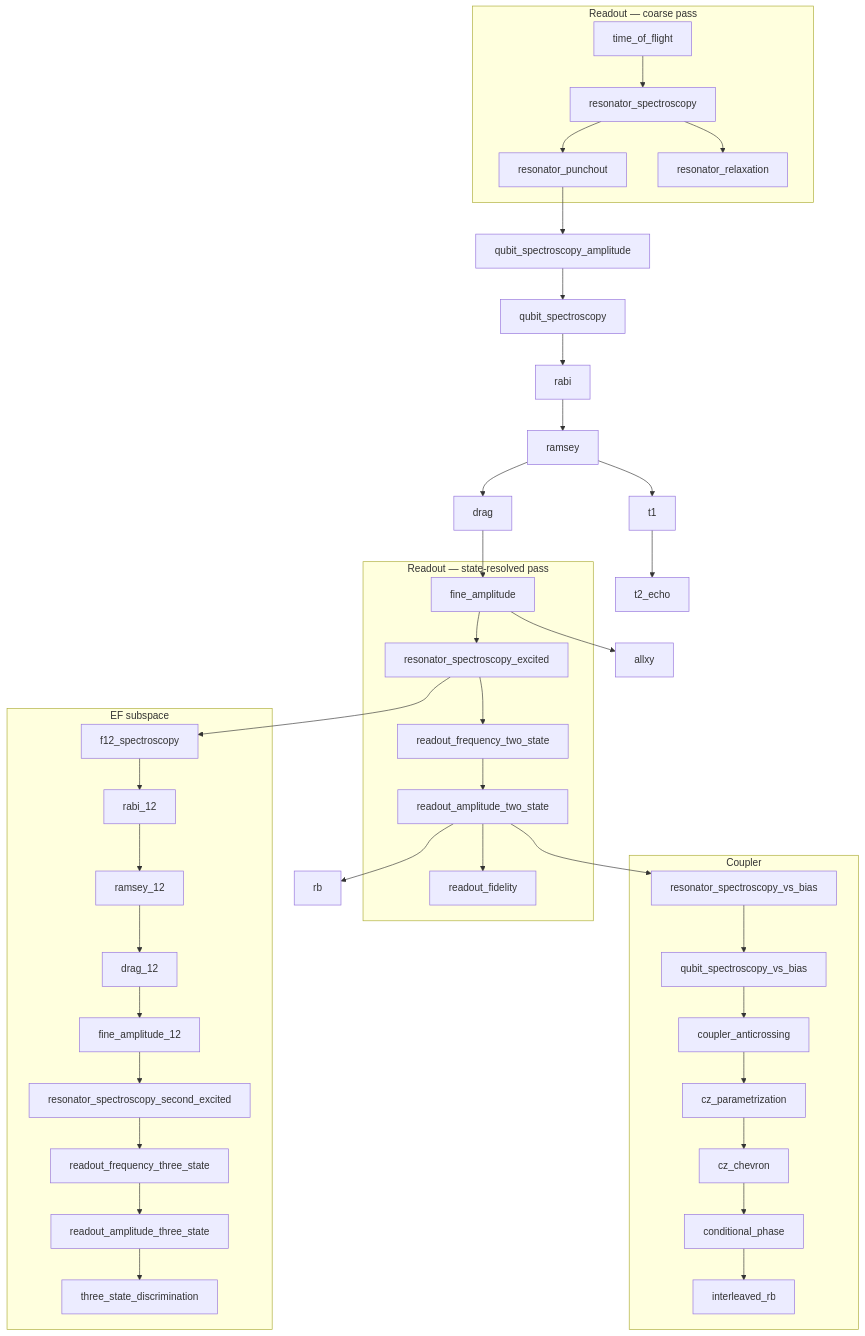
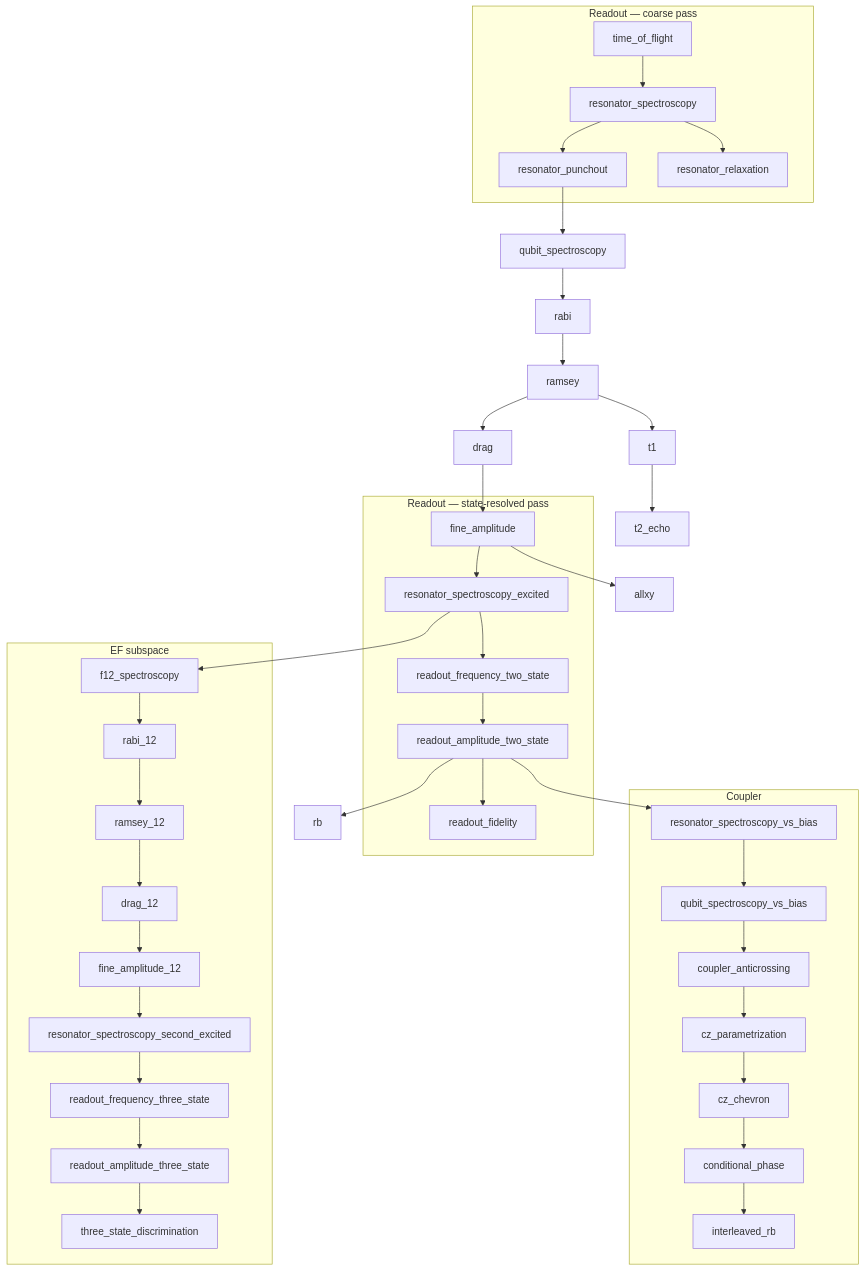
One commit to ch-ahindura/qpi changed the diagram in docs/rfcs/0005-calibration-graph-completion.md. Above: the diagram before and after it, drawn with Mermaid. The commit also changed other lines of this file and 13 other files, not shown here.

````diff
--- a/docs/rfcs/0005-calibration-graph-completion.md
+++ b/docs/rfcs/0005-calibration-graph-completion.md
@@ -177,33 +177,32 @@
 ```mermaid
 graph TD
     subgraph coarse["Readout — coarse pass"]
         TOF["time_of_flight"] --> RS["resonator_spectroscopy"]
         RS --> PO["resonator_punchout"]
         RS --> RR["resonator_relaxation"]
     end
-    PO --> SA["qubit_spectroscopy_amplitude"]
-    SA --> QS["qubit_spectroscopy"]
+    PO --> QS["qubit_spectroscopy"]
     QS --> RABI["rabi"] --> RAM["ramsey"] --> DRAG["drag"] --> FA["fine_amplitude"]
     RAM --> T1["t1"] --> T2["t2_echo"]
     FA --> AXY["allxy"]
     subgraph resolved["Readout — state-resolved pass"]
         FA --> RS1["resonator_spectroscopy_excited"]
         RS1 --> RF2["readout_frequency_two_state"]
         RF2 --> RA2["readout_amplitude_two_state"]
         RA2 --> RFID["readout_fidelity"]
     end
     subgraph ef["EF subspace"]
         RS1 --> F12["f12_spectroscopy"] --> R12["rabi_12"] --> RAM12["ramsey_12"]
         RAM12 --> D12["drag_12"] --> FA12["fine_amplitude_12"]
         FA12 --> RS2["resonator_spectroscopy_second_excited"]
         RS2 --> RF3["readout_frequency_three_state"]
         RF3 --> RA3["readout_amplitude_three_state"] --> TSD["three_state_discrimination"]
     end
     RA2 --> RB["rb"]
     subgraph coupler["Coupler"]
         RA2 --> RSC["resonator_spectroscopy_vs_bias"]
         RSC --> QSC["qubit_spectroscopy_vs_bias"] --> CAX["coupler_anticrossing"]
         CAX --> CZP["cz_parametrization"] --> CZC["cz_chevron"]
         CZC --> CP["conditional_phase"] --> IRB["interleaved_rb"]
     end
 ```
````
